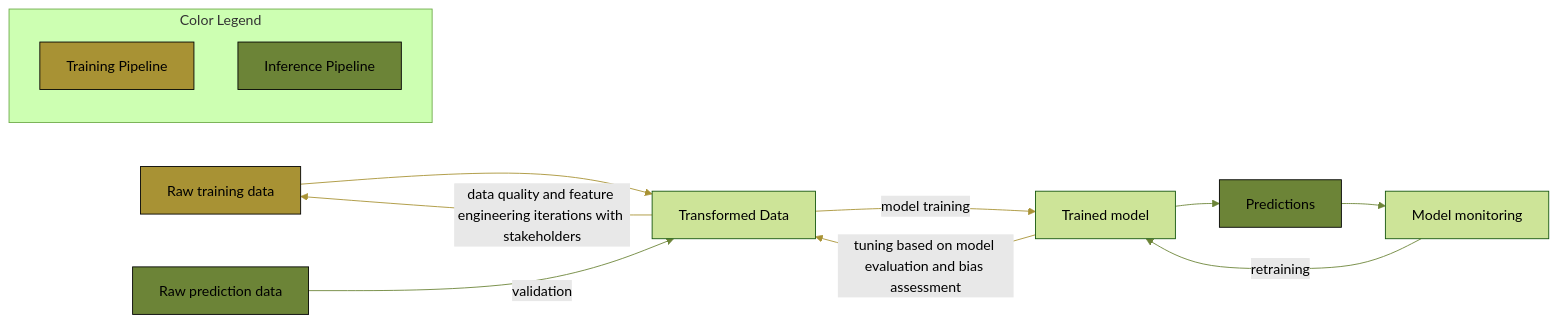
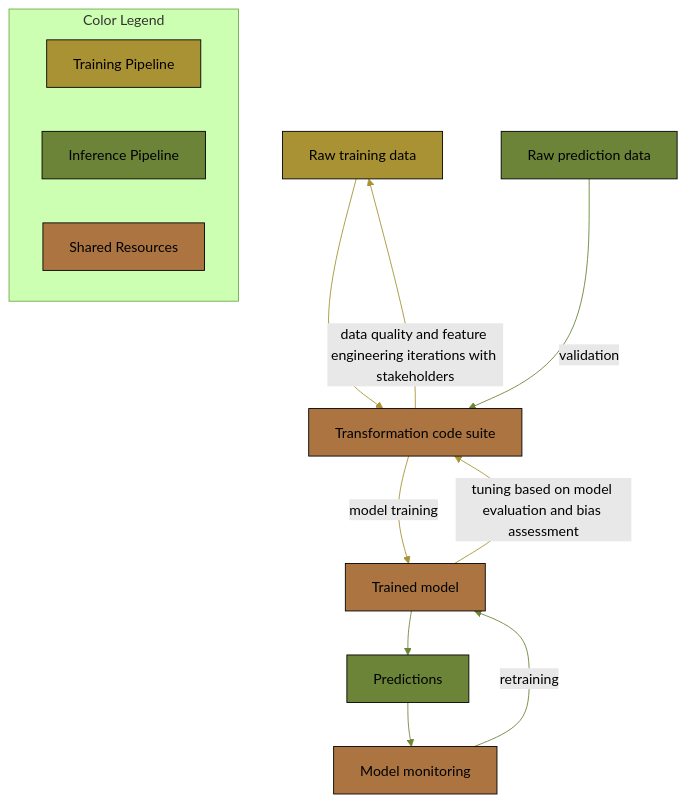
One commit to skvorekn/skvorekn changed the diagram in portfolio/diagrams/Machine Learning Pipeline.md. Above: the diagram before and after it, drawn with Mermaid (forest theme).

Commit message:
chore: td ml diagram

````diff
--- a/portfolio/diagrams/Machine Learning Pipeline.md
+++ b/portfolio/diagrams/Machine Learning Pipeline.md
@@ -1,24 +1,28 @@
 ```mermaid
-flowchart LR
-    raw_train_data[Raw training data]-->transform[Transformed Data]-- data quality and feature engineering iterations with stakeholders -->raw_train_data
+flowchart TD
+    raw_train_data[Raw training data]-->transform[Transformation code suite]-- data quality and feature engineering iterations with stakeholders -->raw_train_data
     transform-- model training -->model[Trained model]-- tuning based on model evaluation and bias assessment -->transform
     monitoring[Model monitoring]-- retraining -->model
     linkStyle 0,1,2,3 stroke:#A89234,color;
 
     raw_test_data[Raw prediction data]-- validation -->transform
     model-->predictions[Predictions]-->monitoring
     linkStyle 4,5,6,7 stroke:#6C8437,color;
 
    subgraph legend [Color Legend]
        trainLegend[Training Pipeline]
        inferenceLegend[Inference Pipeline]
+       sharedLegend[Shared Resources]
    end
 
    classDef training_pipeline fill:#A89234,stroke:#000000,color:#000000;
    class trainLegend,raw_train_data training_pipeline;
 
    classDef inference_pipeline fill:#6C8437,stroke:#000000,color:#000000;
    class inferenceLegend,raw_test_data,predictions inference_pipeline;
 
+   classDef shared_resources fill:#AB7441,stroke:#000000,color:#000000;
+   class sharedLegend,transform,model,monitoring shared_resources;
+
 
 ```
````
